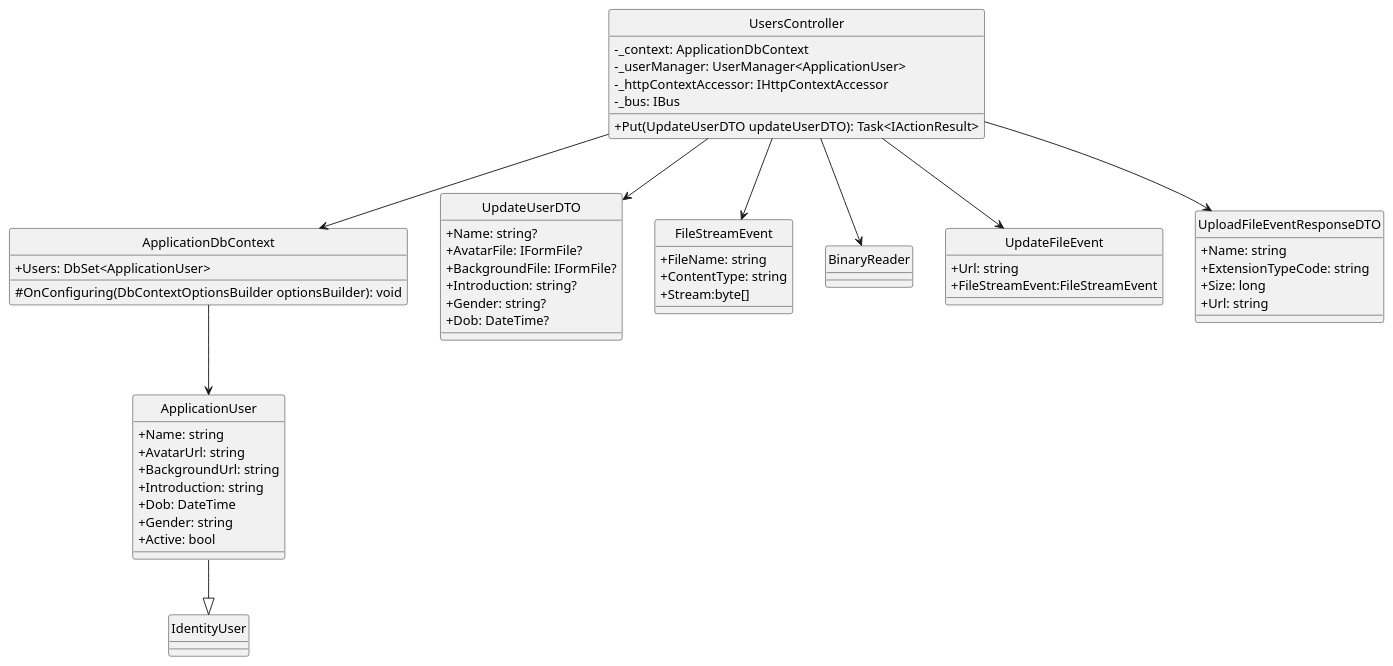
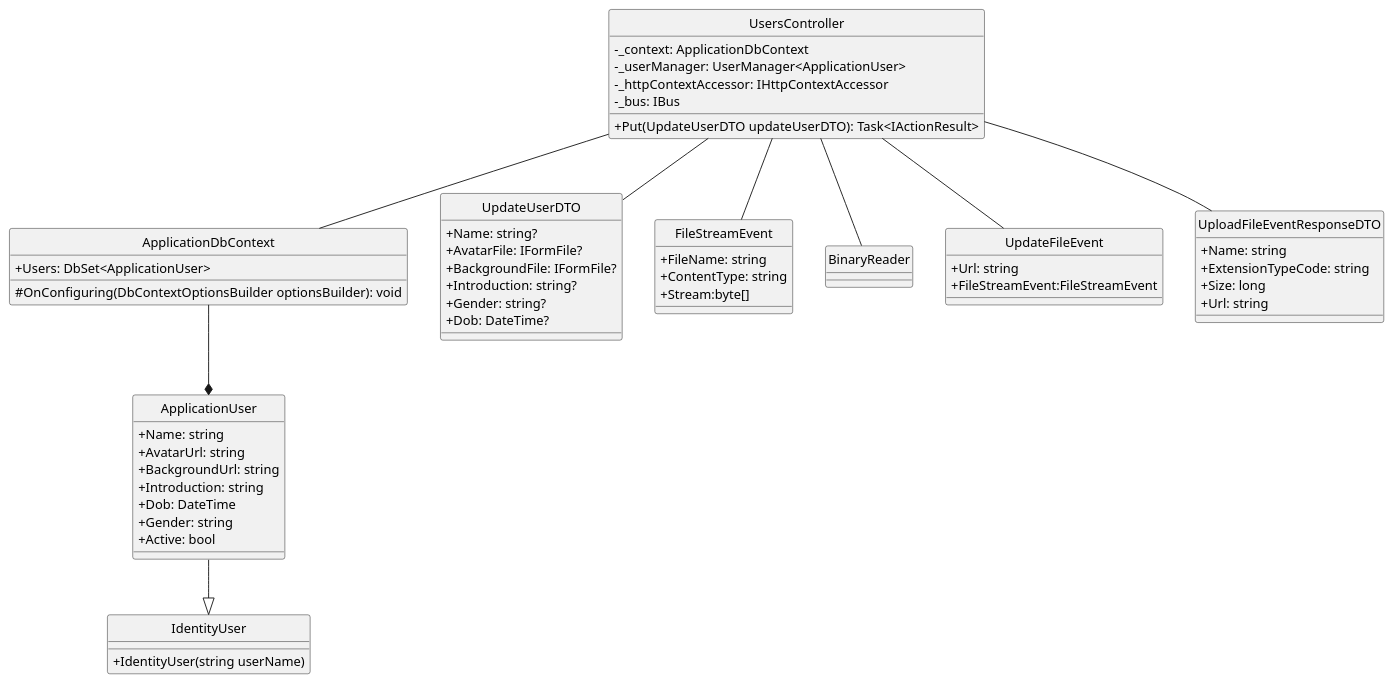
The diagram in docs/Class Diagram/Identity/UpdateUser/ClassDiagram.plantuml (Carl-Johnsons/Chat-Application), drawn with PlantUML before and after one commit. The commit also changed 4 other files, not shown here.

Commit message:
update identity diagram

```diff
--- a/docs/Class Diagram/Identity/UpdateUser/ClassDiagram.plantuml
+++ b/docs/Class Diagram/Identity/UpdateUser/ClassDiagram.plantuml
@@ -1,66 +1,68 @@
 @startuml updateUser
 hide circle
 skinparam classAttributeIconSize 0
 class UsersController {
     - _context: ApplicationDbContext
     - _userManager: UserManager<ApplicationUser>
     - _httpContextAccessor: IHttpContextAccessor
     - _bus: IBus
     + Put(UpdateUserDTO updateUserDTO): Task<IActionResult>
 }
 
 class ApplicationDbContext {
     +Users: DbSet<ApplicationUser>
     #OnConfiguring(DbContextOptionsBuilder optionsBuilder): void
 }
 
 
 class UpdateUserDTO {
     +Name: string?
     +AvatarFile: IFormFile?
     +BackgroundFile: IFormFile?
     +Introduction: string?
     +Gender: string?
     +Dob: DateTime?
 }
 
 class FileStreamEvent
 {
     +FileName: string
     +ContentType: string
     +Stream:byte[]
 }
 class BinaryReader
 class UpdateFileEvent{
     +Url: string
     +FileStreamEvent:FileStreamEvent
 }
 
 class UploadFileEventResponseDTO{
     +Name: string
     +ExtensionTypeCode: string
     +Size: long
     +Url: string
 }
 
 class ApplicationUser {
     +Name: string
     +AvatarUrl: string
     +BackgroundUrl: string
     +Introduction: string
     +Dob: DateTime
     +Gender: string
     +Active: bool
 }
 
-class IdentityUser
+class IdentityUser {
+    + IdentityUser(string userName) 
+}
 
-UsersController --> ApplicationDbContext
-UsersController --> UpdateUserDTO
-UsersController --> BinaryReader
-UsersController --> FileStreamEvent
-UsersController --> UpdateFileEvent
-UsersController --> UploadFileEventResponseDTO
-ApplicationDbContext --> ApplicationUser
+UsersController -- ApplicationDbContext
+UsersController -- UpdateUserDTO
+UsersController -- BinaryReader
+UsersController -- FileStreamEvent
+UsersController -- UpdateFileEvent
+UsersController -- UploadFileEventResponseDTO
+ApplicationDbContext --* ApplicationUser
 ApplicationUser --|> IdentityUser
 @enduml
```
